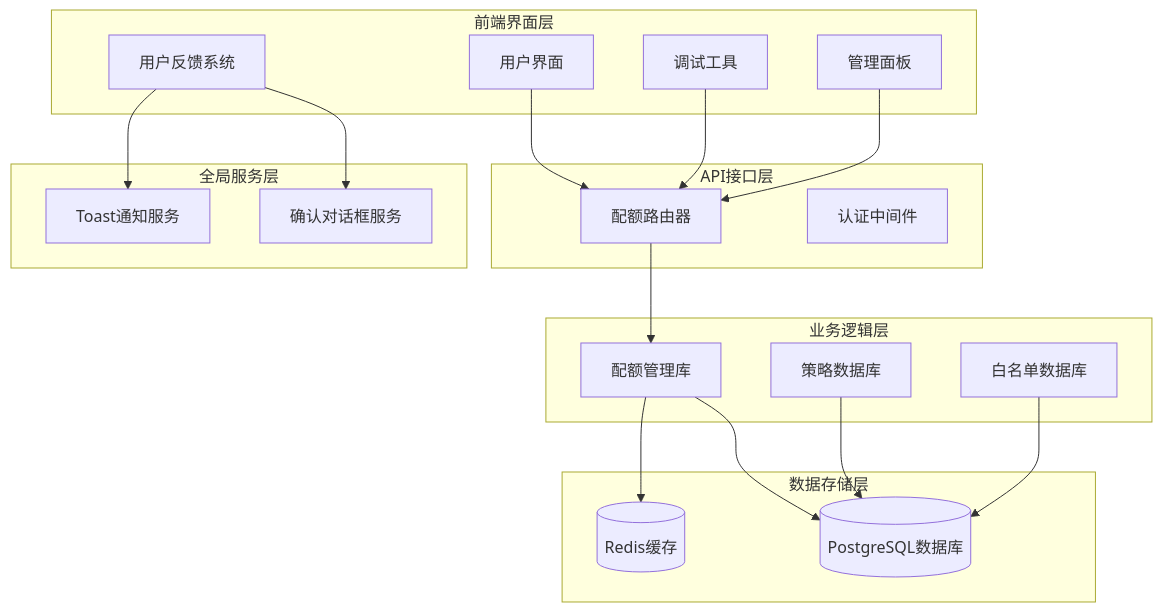
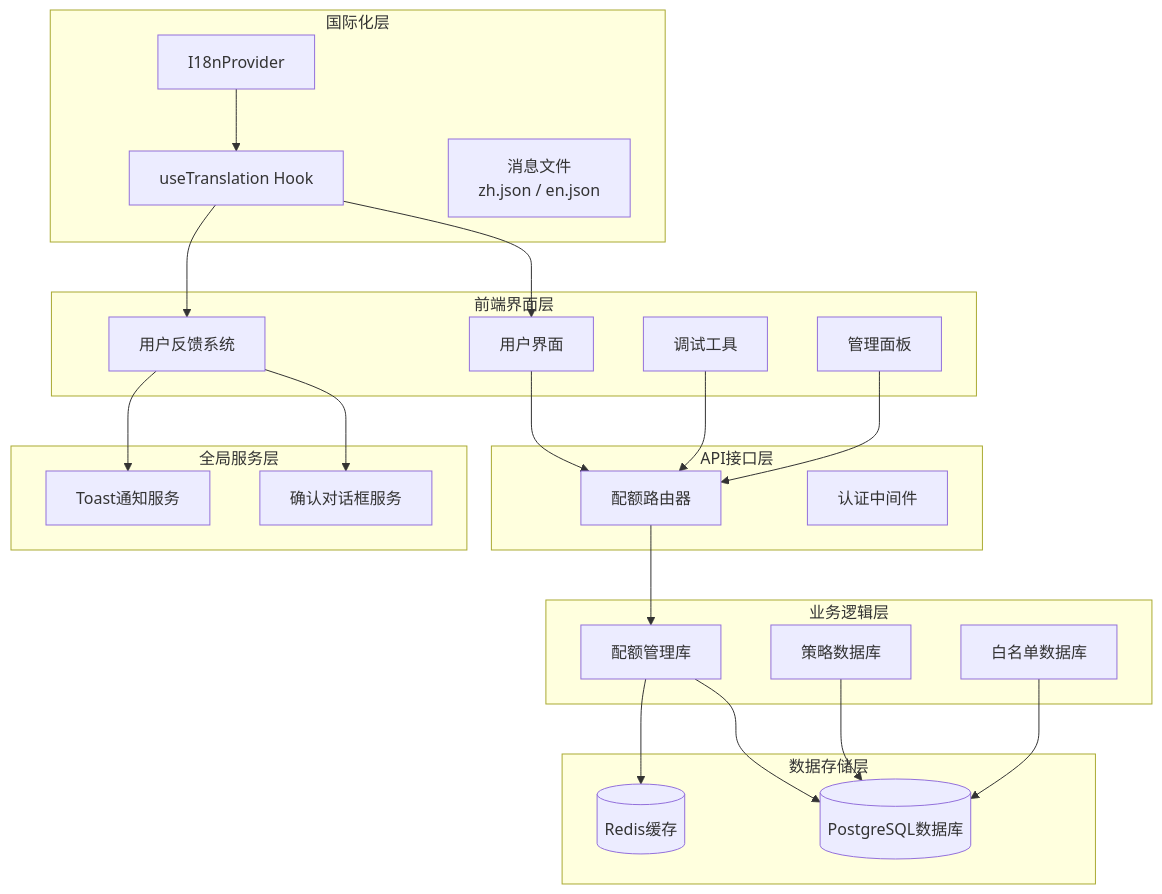
Before and after one commit to RadiumAg/AIGate: the first of 14 diagrams in .qoder/repowiki/zh/content/核心功能/智能配额管理.md, drawn with Mermaid. The commit also changed other lines of this file and 4 other files, not shown here.

````diff
--- a/.qoder/repowiki/zh/content/核心功能/智能配额管理.md
+++ b/.qoder/repowiki/zh/content/核心功能/智能配额管理.md
@@ -61,36 +67,44 @@
 ```mermaid
 graph TB
+subgraph "国际化层"
+I18nProvider[I18nProvider]
+TranslationHook[useTranslation Hook]
+Messages[消息文件<br/>zh.json / en.json]
+end
 subgraph "前端界面层"
 UI[用户界面]
 Debug[调试工具]
 Admin[管理面板]
 Feedback[用户反馈系统]
 end
 subgraph "API接口层"
 Router[配额路由器]
 Auth[认证中间件]
 end
 subgraph "业务逻辑层"
 QuotaLib[配额管理库]
 PolicyDb[策略数据库]
 WhitelistDb[白名单数据库]
 end
 subgraph "数据存储层"
 Redis[(Redis缓存)]
 Database[(PostgreSQL数据库)]
 end
 subgraph "全局服务层"
 Toaster[Toast通知服务]
 ConfirmDlg[确认对话框服务]
 end
+I18nProvider --> TranslationHook
+TranslationHook --> UI
+TranslationHook --> Feedback
 UI --> Router
 Debug --> Router
 Admin --> Router
 Feedback --> Toaster
 Feedback --> ConfirmDlg
 Router --> QuotaLib
 QuotaLib --> Redis
 QuotaLib --> Database
 PolicyDb --> Database
 WhitelistDb --> Database
 ```
````
